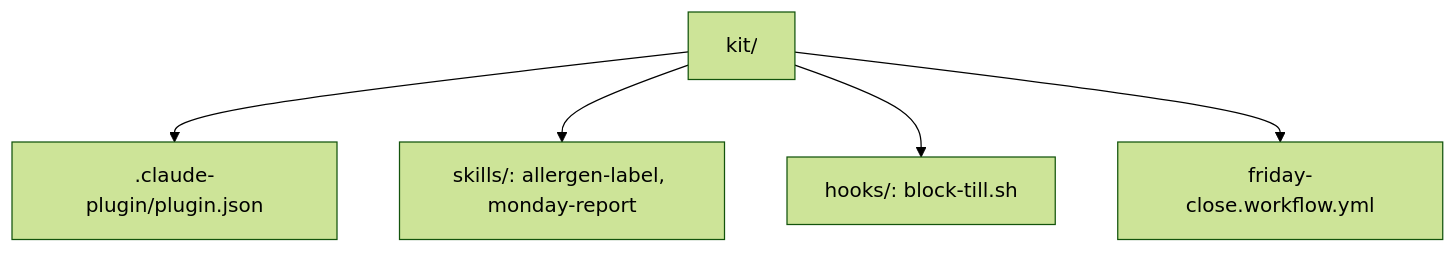
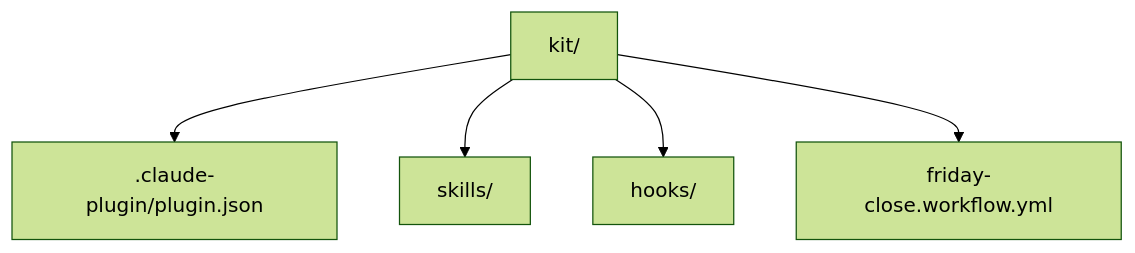
One commit to learnwithparam/claude-code-for-everyone changed the diagram in parts/06-share-the-close/02-pack-the-bakery-kit/problem/README.md. Above: the diagram before and after it, drawn with Mermaid (forest theme). The commit also changed other lines of this file and 114 other files, not shown here.

````diff
--- a/parts/06-share-the-close/02-pack-the-bakery-kit/problem/README.md
+++ b/parts/06-share-the-close/02-pack-the-bakery-kit/problem/README.md
@@ -7,7 +7,7 @@
 ```mermaid
 flowchart TB
   K[kit/] --> M[.claude-plugin/plugin.json]
-  K --> S[skills/: allergen-label, monday-report]
-  K --> H[hooks/: block-till.sh]
+  K --> S[skills/]
+  K --> H[hooks/]
   K --> W[friday-close.workflow.yml]
 ```
````
